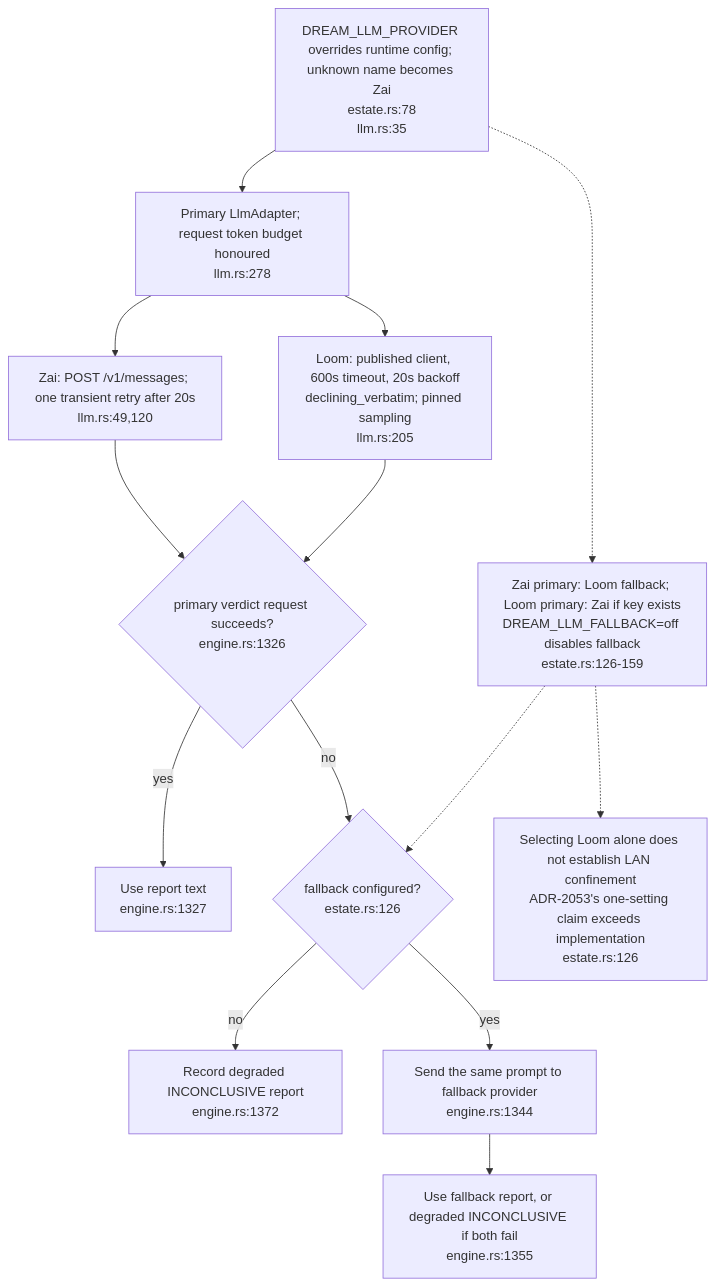
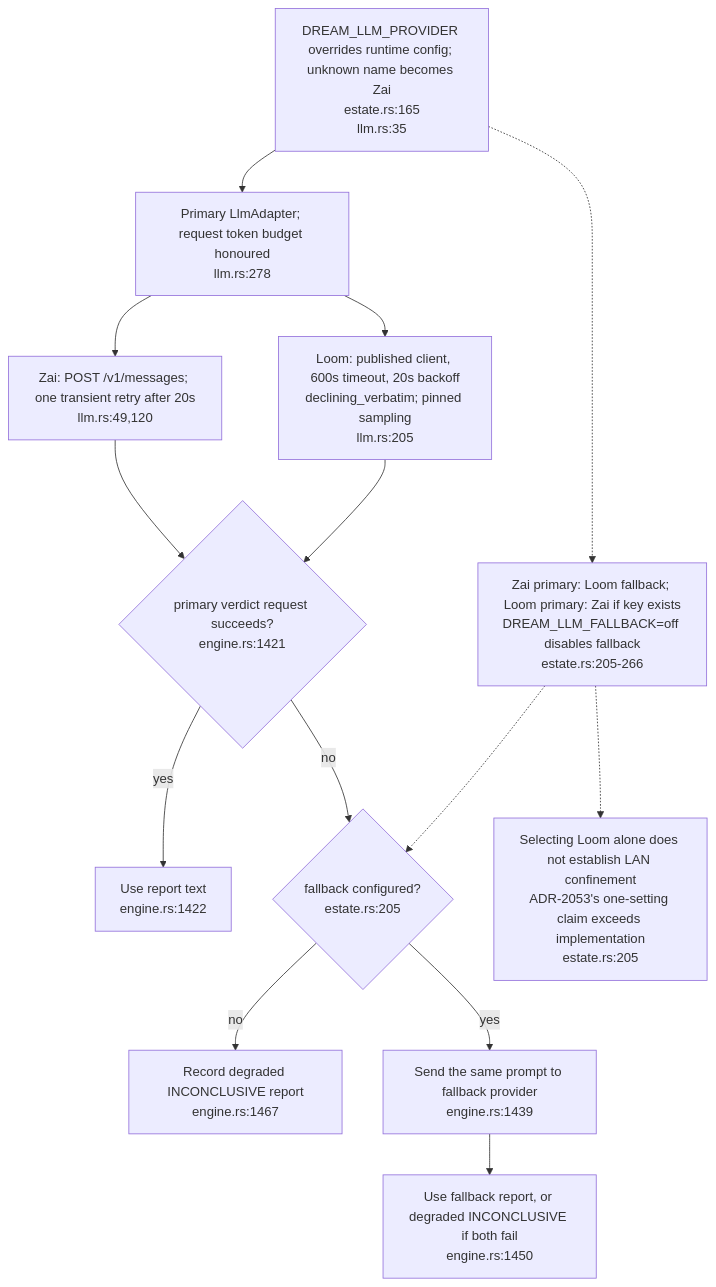
One commit to DreamLab-AI/VisionFlow changed diagram 15 of 24 in docs/diagrams/agentbox/23-dream-engine.md. Above: the diagram before and after it, drawn with Mermaid. The commit also changed other lines of this file, not shown here.

First line of the commit message:
docs(diagrams): re-stamp AB-23 dream engine at agentbox 720e0d896 and dream-engine b40d507

````diff
--- a/docs/diagrams/agentbox/23-dream-engine.md
+++ b/docs/diagrams/agentbox/23-dream-engine.md
@@ -464,17 +464,17 @@
 ```mermaid
 flowchart TB
-    CFG["DREAM_LLM_PROVIDER overrides runtime config; unknown name becomes Zai<br/>estate.rs:78<br/>llm.rs:35"]
+    CFG["DREAM_LLM_PROVIDER overrides runtime config; unknown name becomes Zai<br/>estate.rs:165<br/>llm.rs:35"]
     CFG --> PRIMARY["Primary LlmAdapter; request token budget honoured<br/>llm.rs:278"]
     PRIMARY --> ZAI["Zai: POST /v1/messages; one transient retry after 20s<br/>llm.rs:49,120"]
     PRIMARY --> LOOM["Loom: published client, 600s timeout, 20s backoff<br/>declining_verbatim; pinned sampling<br/>llm.rs:205"]
-    ZAI --> RESULT{"primary verdict request succeeds?<br/>engine.rs:1326"}
+    ZAI --> RESULT{"primary verdict request succeeds?<br/>engine.rs:1421"}
     LOOM --> RESULT
-    RESULT -->|yes| REPORT["Use report text<br/>engine.rs:1327"]
-    RESULT -->|no| FB{"fallback configured?<br/>estate.rs:126"}
-    FB -->|no| DEG["Record degraded INCONCLUSIVE report<br/>engine.rs:1372"]
-    FB -->|yes| SEND["Send the same prompt to fallback provider<br/>engine.rs:1344"]
-    SEND --> OUT["Use fallback report, or degraded INCONCLUSIVE if both fail<br/>engine.rs:1355"]
-    CFG -.-> POLICY["Zai primary: Loom fallback; Loom primary: Zai if key exists<br/>DREAM_LLM_FALLBACK=off disables fallback<br/>estate.rs:126-159"]
+    RESULT -->|yes| REPORT["Use report text<br/>engine.rs:1422"]
+    RESULT -->|no| FB{"fallback configured?<br/>estate.rs:205"}
+    FB -->|no| DEG["Record degraded INCONCLUSIVE report<br/>engine.rs:1467"]
+    FB -->|yes| SEND["Send the same prompt to fallback provider<br/>engine.rs:1439"]
+    SEND --> OUT["Use fallback report, or degraded INCONCLUSIVE if both fail<br/>engine.rs:1450"]
+    CFG -.-> POLICY["Zai primary: Loom fallback; Loom primary: Zai if key exists<br/>DREAM_LLM_FALLBACK=off disables fallback<br/>estate.rs:205-266"]
     POLICY -.-> FB
-    POLICY -.-> EGRESS["Selecting Loom alone does not establish LAN confinement<br/>ADR-2053's one-setting claim exceeds implementation<br/>estate.rs:126"]
+    POLICY -.-> EGRESS["Selecting Loom alone does not establish LAN confinement<br/>ADR-2053's one-setting claim exceeds implementation<br/>estate.rs:205"]
 ```
````
